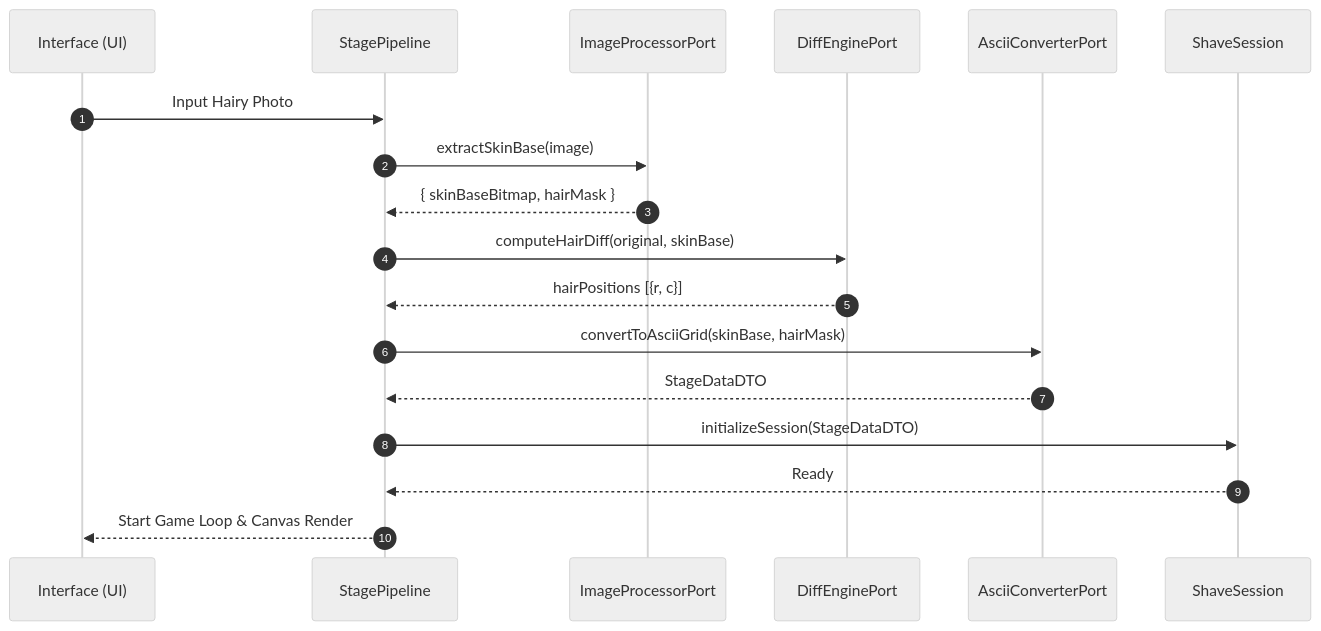
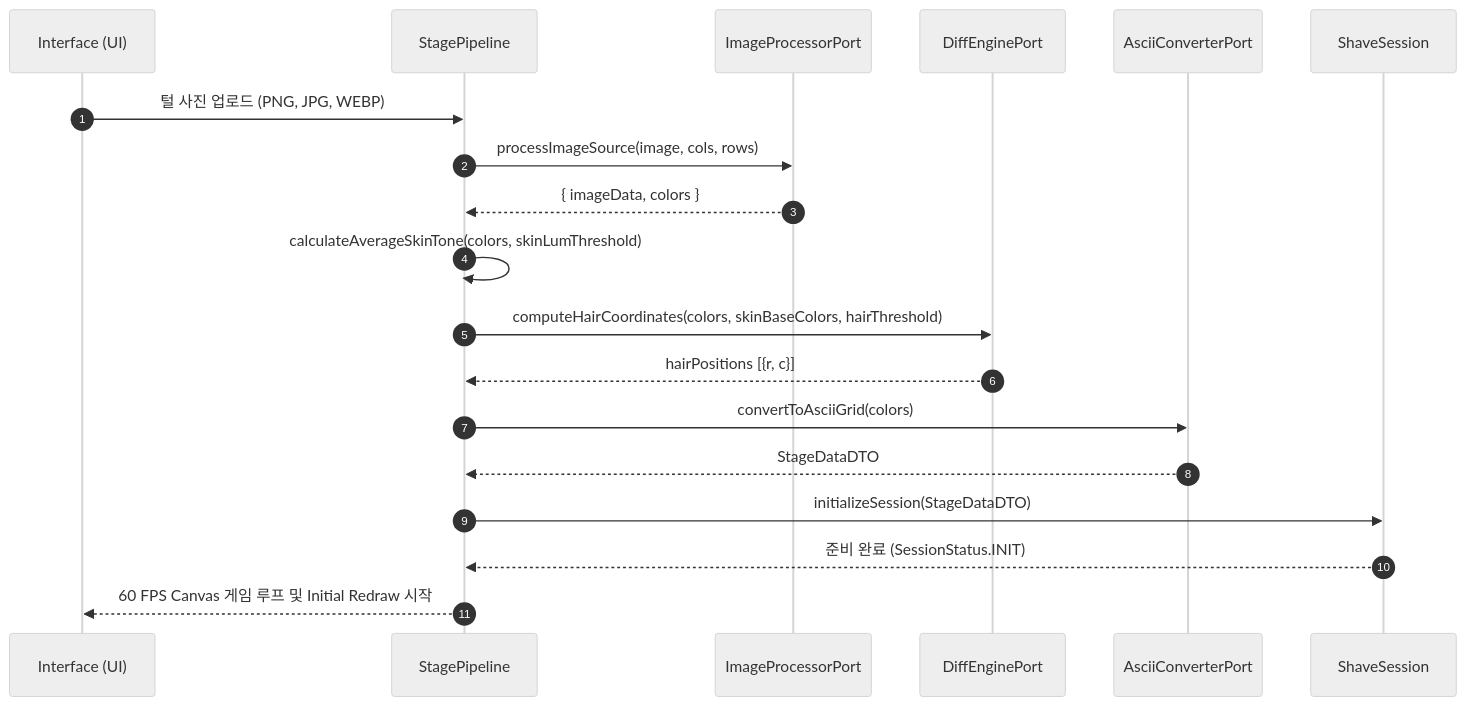
Before and after one commit to ClarusIubar/shaving_him: the second of 2 diagrams in docs/wiki/Architecture-Specification.md, drawn with Mermaid (neutral theme). The commit also changed other lines of this file and 12 other files, not shown here.

Commit message:
refactor(v1.0.2): implement UX brush radius sync, PNG alpha channel filter, CanvasRenderer context optimization, and shave status guard (issues #15, #16, #17, #18)

````diff
--- a/docs/wiki/Architecture-Specification.md
+++ b/docs/wiki/Architecture-Specification.md
@@ -86,21 +86,22 @@
 ```mermaid
 sequenceDiagram
   autonumber
   participant User as Interface (UI)
   participant App as StagePipeline
   participant ImgPort as ImageProcessorPort
   participant DiffPort as DiffEnginePort
   participant AsciiPort as AsciiConverterPort
   participant Core as ShaveSession
 
-  User->>App: Input Hairy Photo
-  App->>ImgPort: extractSkinBase(image)
-  ImgPort-->>App: { skinBaseBitmap, hairMask }
-  App->>DiffPort: computeHairDiff(original, skinBase)
+  User->>App: 털 사진 업로드 (PNG, JPG, WEBP)
+  App->>ImgPort: processImageSource(image, cols, rows)
+  ImgPort-->>App: { imageData, colors }
+  App->>App: calculateAverageSkinTone(colors, skinLumThreshold)
+  App->>DiffPort: computeHairCoordinates(colors, skinBaseColors, hairThreshold)
   DiffPort-->>App: hairPositions [{r, c}]
-  App->>AsciiPort: convertToAsciiGrid(skinBase, hairMask)
+  App->>AsciiPort: convertToAsciiGrid(colors)
   AsciiPort-->>App: StageDataDTO
   App->>Core: initializeSession(StageDataDTO)
-  Core-->>App: Ready
-  App-->>User: Start Game Loop & Canvas Render
+  Core-->>App: 준비 완료 (SessionStatus.INIT)
+  App-->>User: 60 FPS Canvas 게임 루프 및 Initial Redraw 시작
 ```
````
